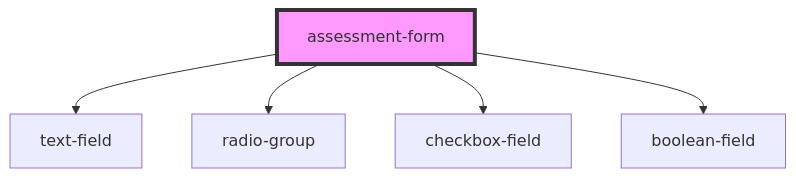
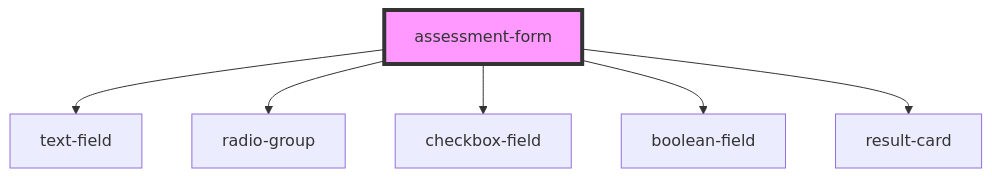
Before and after one commit to JanardanPethani/lerna-stencil-monorepo: the diagram in packages/stencil-library/src/components/assessment-form/readme.md, drawn with Mermaid. The commit also changed other lines of this file and 7 other files, not shown here.

````diff
--- a/packages/stencil-library/src/components/assessment-form/readme.md
+++ b/packages/stencil-library/src/components/assessment-form/readme.md
@@ -33,8 +34,9 @@
 ```mermaid
 graph TD;
   assessment-form --> text-field
   assessment-form --> radio-group
   assessment-form --> checkbox-field
   assessment-form --> boolean-field
+  assessment-form --> result-card
   style assessment-form fill:#f9f,stroke:#333,stroke-width:4px
 ```
````
